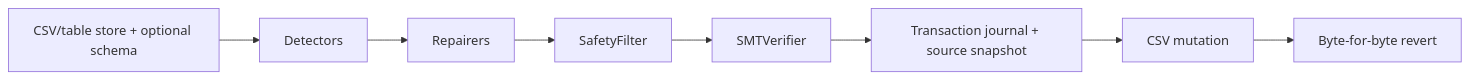
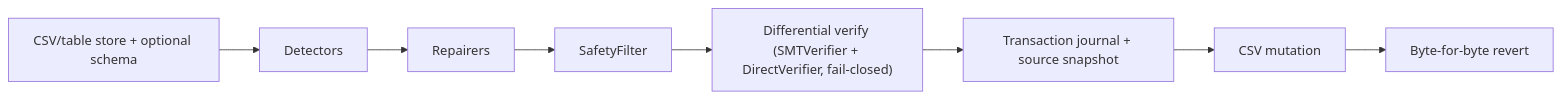
The first of 3 diagrams in ARCHITECTURE.md (Praneshrajan137/data-refinery-env), drawn with Mermaid before and after one commit. The commit also changed other lines of this file and 49 other files, not shown here.

````diff
--- a/ARCHITECTURE.md
+++ b/ARCHITECTURE.md
@@ -10,10 +10,10 @@
 ```mermaid
 flowchart LR
     A["CSV/table store + optional schema"] --> B["Detectors"]
     B --> C["Repairers"]
     C --> D["SafetyFilter"]
-    D --> E["SMTVerifier"]
+    D --> E["Differential verify (SMTVerifier + DirectVerifier, fail-closed)"]
     E --> F["Transaction journal + source snapshot"]
     F --> G["CSV mutation"]
     G --> H["Byte-for-byte revert"]
 ```
````
